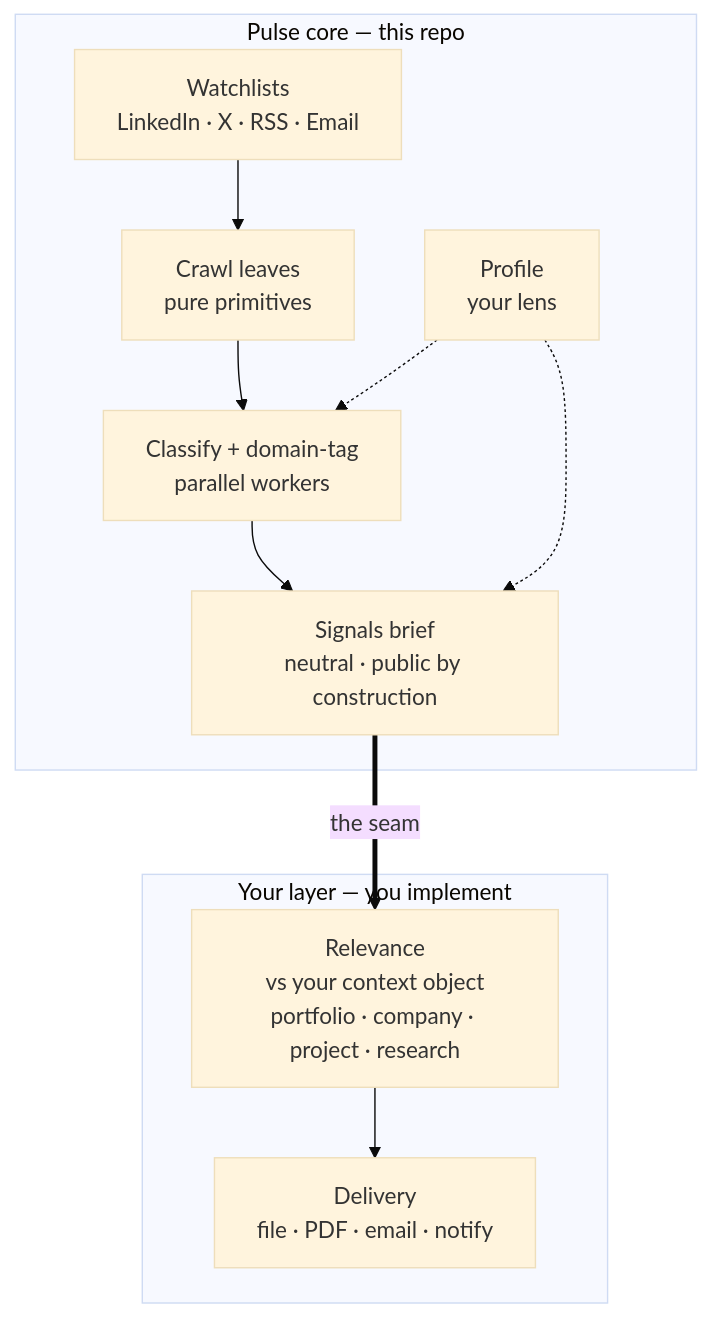
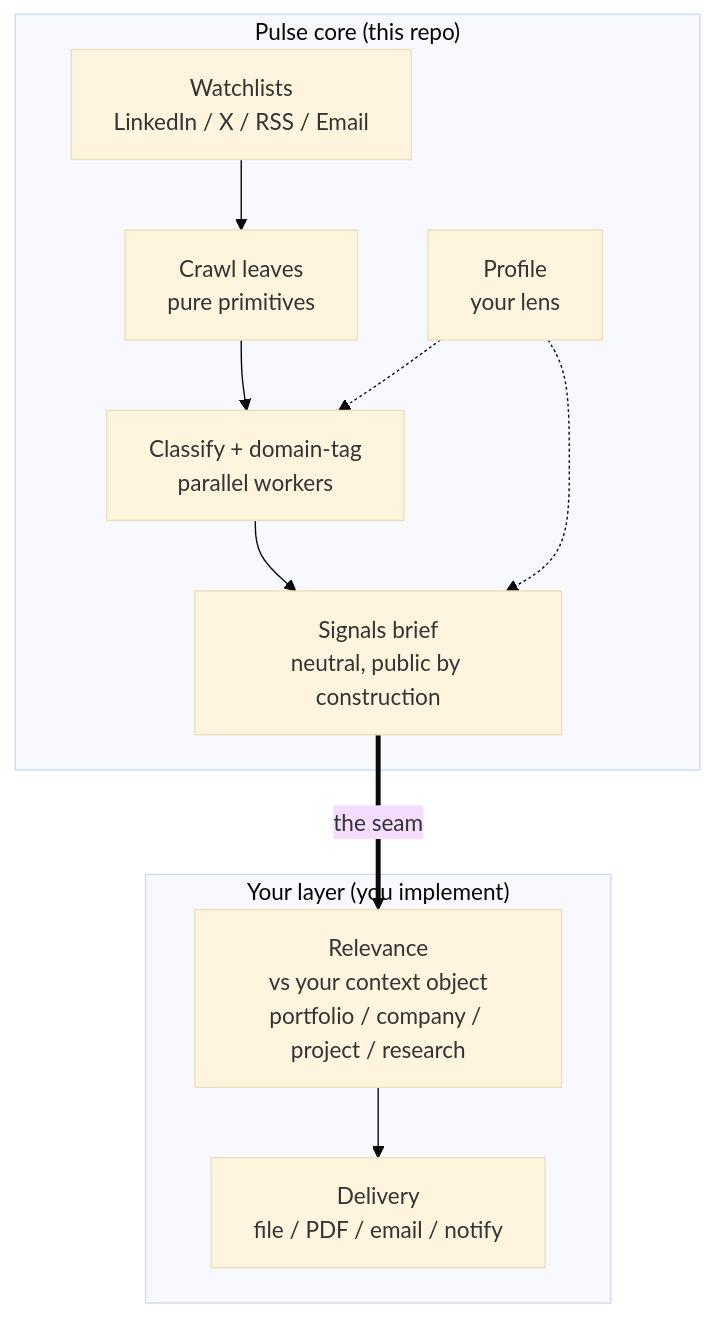
One commit to thangnguyenworkspace/industry-pulse changed the first of 2 diagrams in README.md. Above: the diagram before and after it, drawn with Mermaid (base theme). The commit also changed other lines of this file and 25 other files, not shown here.

````diff
--- a/README.md
+++ b/README.md
@@ -11,16 +18,16 @@
 ```mermaid
 flowchart TB
-  subgraph core["Pulse core — this repo"]
-    WL["Watchlists<br/>LinkedIn · X · RSS · Email"] --> CRAWL["Crawl leaves<br/>pure primitives"]
+  subgraph core["Pulse core (this repo)"]
+    WL["Watchlists<br/>LinkedIn / X / RSS / Email"] --> CRAWL["Crawl leaves<br/>pure primitives"]
     CRAWL --> TAG["Classify + domain-tag<br/>parallel workers"]
-    TAG --> V1["Signals brief<br/>neutral · public by construction"]
+    TAG --> V1["Signals brief<br/>neutral, public by construction"]
     PROFILE["Profile<br/>your lens"] -.-> TAG
     PROFILE -.-> V1
   end
-  subgraph yours["Your layer — you implement"]
-    REL["Relevance<br/>vs your context object<br/>portfolio · company · project · research"]
-    DELIVER["Delivery<br/>file · PDF · email · notify"]
+  subgraph yours["Your layer (you implement)"]
+    REL["Relevance<br/>vs your context object<br/>portfolio / company / project / research"]
+    DELIVER["Delivery<br/>file / PDF / email / notify"]
     REL --> DELIVER
   end
   V1 ==>|the seam| REL
 ```
````
